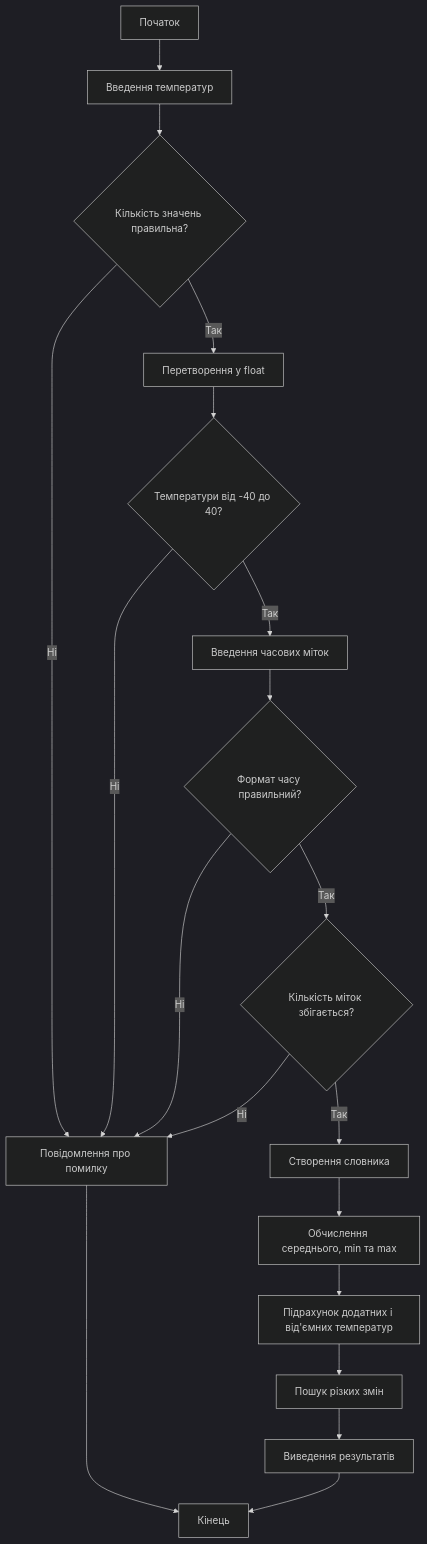
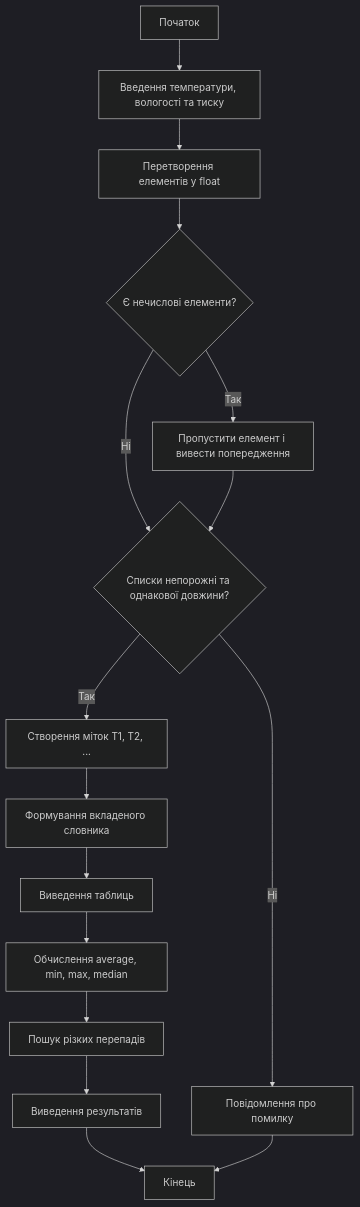
The diagram in README.md (stanislav-matveychuk/lab01_Python), drawn with Mermaid (dark theme) before and after one commit. The commit also changed other lines of this file and 11 other files, not shown here.

````diff
--- a/README.md
+++ b/README.md
@@ -57,21 +73,18 @@
 ```mermaid
 flowchart TD
-    A[Початок] --> B[Введення температур]
-    B --> C{Кількість значень правильна?}
-    C -- Ні --> X[Повідомлення про помилку]
-    C -- Так --> D[Перетворення у float]
-    D --> E{Температури від -40 до 40?}
-    E -- Ні --> X
-    E -- Так --> F[Введення часових міток]
-    F --> G{Формат часу правильний?}
-    G -- Ні --> X
-    G -- Так --> H{Кількість міток збігається?}
-    H -- Ні --> X
-    H -- Так --> I[Створення словника]
-    I --> J[Обчислення середнього, min та max]
-    J --> K[Підрахунок додатних і від'ємних температур]
-    K --> L[Пошук різких змін]
-    L --> M[Виведення результатів]
-    M --> N[Кінець]
-    X --> N
+    A[Початок] --> B[Введення температури, вологості та тиску]
+    B --> C[Перетворення елементів у float]
+    C --> D{Є нечислові елементи?}
+    D -- Так --> E[Пропустити елемент і вивести попередження]
+    D -- Ні --> F{Списки непорожні та однакової довжини?}
+    E --> F
+    F -- Ні --> X[Повідомлення про помилку]
+    F -- Так --> G[Створення міток T1, T2, ...]
+    G --> H[Формування вкладеного словника]
+    H --> I[Виведення таблиць]
+    I --> J[Обчислення average, min, max, median]
+    J --> K[Пошук різких перепадів]
+    K --> L[Виведення результатів]
+    L --> M[Кінець]
+    X --> M
 ```
````
